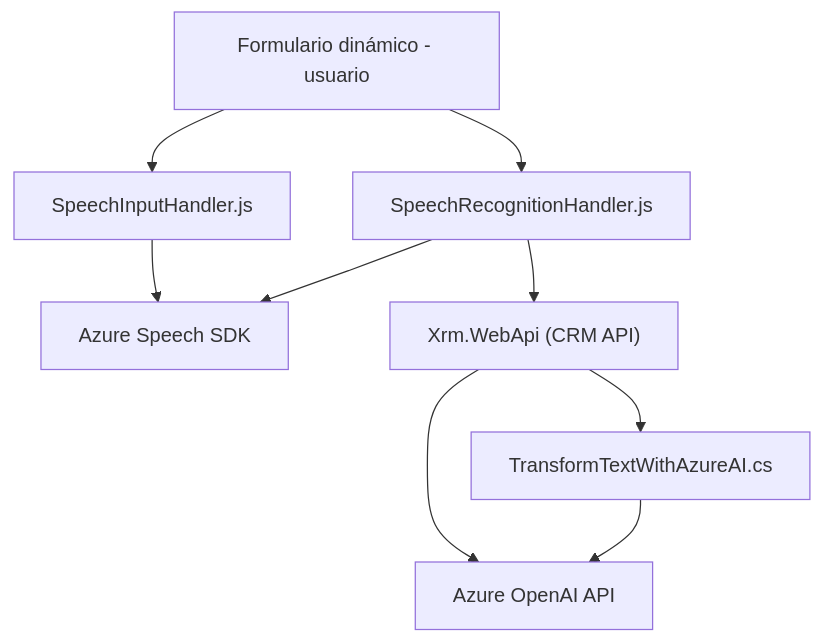
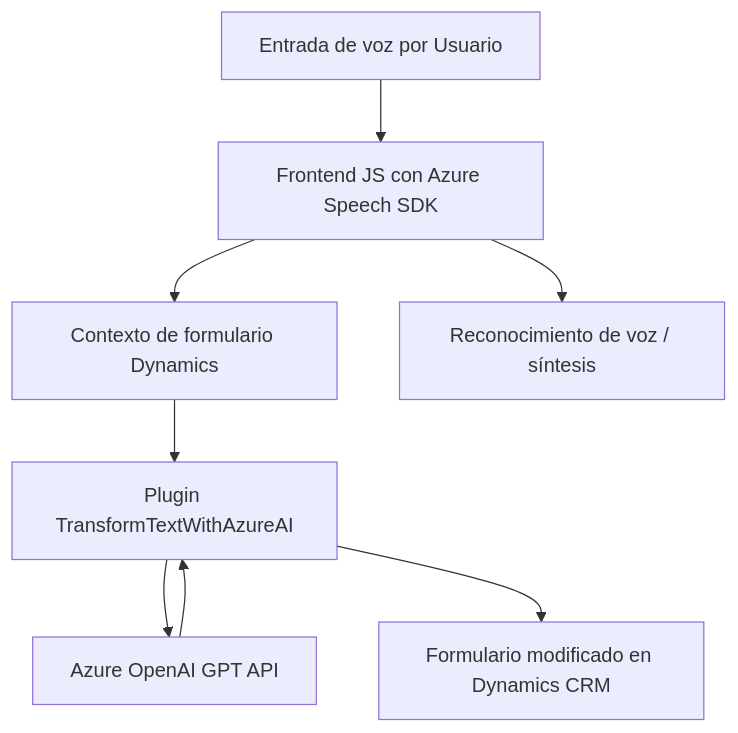
One commit to blopezdm/NETCORE_BILBAO2025 changed the diagram in README.md. Above: the diagram before and after it, drawn with Mermaid. The commit also changed other lines of this file, not shown here.

Commit message:
Actualizar análisis global de la solución con IA

````diff
--- a/README.md
+++ b/README.md
@@ -46,19 +37,18 @@
 ```mermaid
 graph TD
-    A["Formulario dinámico - usuario"]
-    B["SpeechInputHandler.js"]
-    C["SpeechRecognitionHandler.js"]
-    D["Azure Speech SDK"]
-    E["TransformTextWithAzureAI.cs"]
-    F["Xrm.WebApi (CRM API)"]
-    G["Azure OpenAI API"]
-
-    A --> B
-    B --> D
-    A --> C
-    C --> D
-    C --> F
-    F --> G
-    F --> E
-    E --> G
+    Inicio["Entrada de voz por Usuario"]
+    Sistema["Frontend JS con Azure Speech SDK"]
+    Formulario["Contexto de formulario Dynamics"]
+    Backend["Plugin TransformTextWithAzureAI"]
+    Procesamiento["Azure OpenAI GPT API"]
+    Audio["Reconocimiento de voz / síntesis"]
+    Dynamics["Formulario modificado en Dynamics CRM"]
+    
+    Inicio --> Sistema
+    Sistema --> Audio
+    Sistema --> Formulario
+    Formulario --> Backend
+    Backend --> Procesamiento
+    Procesamiento --> Backend
+    Backend --> Dynamics
 ```
````
